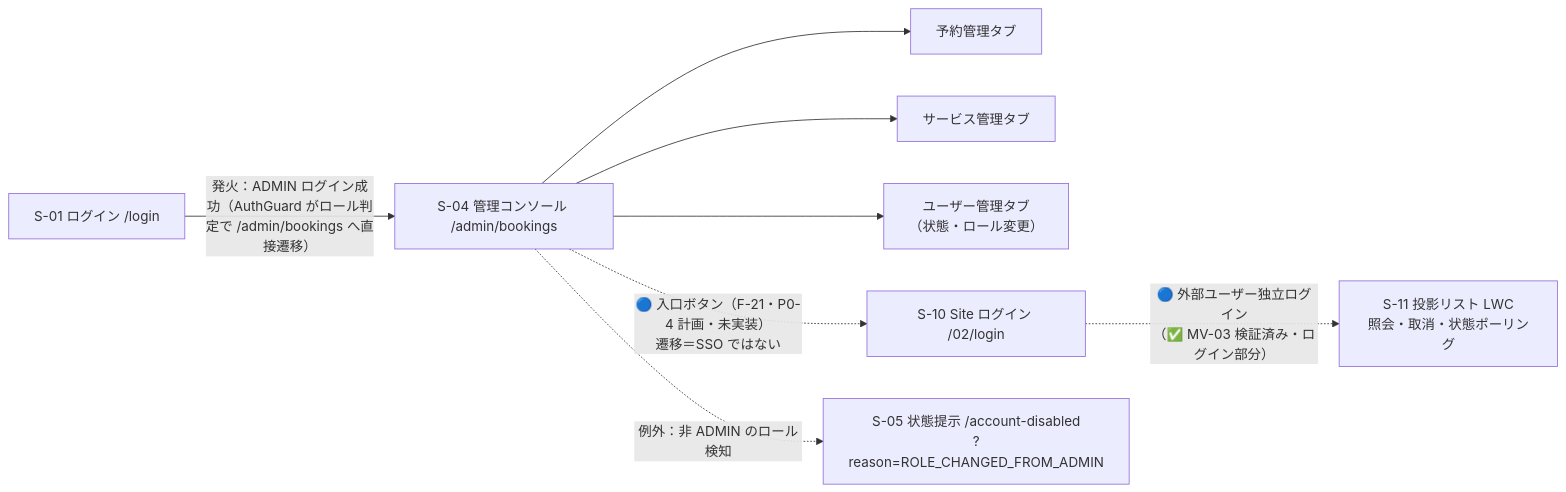
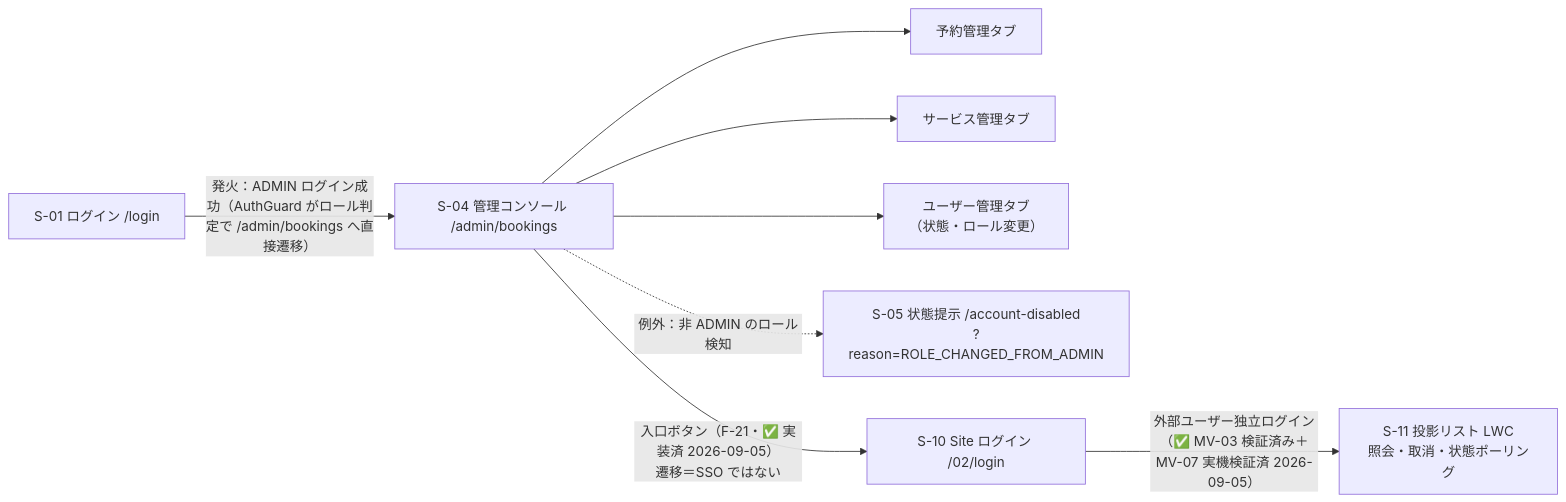
The second of 2 diagrams in docs/asset/basic-design/screens.md (Cho-Geer/chogeer), drawn with Mermaid before and after one commit. The commit also changed other lines of this file and 13 other files, not shown here.

````diff
--- a/docs/asset/basic-design/screens.md
+++ b/docs/asset/basic-design/screens.md
@@ -55,10 +55,10 @@
 ```mermaid
 flowchart LR
     S01["S-01 ログイン /login"] -->|"発火：ADMIN ログイン成功（AuthGuard がロール判定で /admin/bookings へ直接遷移）"| S04["S-04 管理コンソール /admin/bookings"]
     S04 --> TAB1["予約管理タブ"]
     S04 --> TAB2["サービス管理タブ"]
     S04 --> TAB3["ユーザー管理タブ<br/>（状態・ロール変更）"]
-    S04 -.->|"🔵 入口ボタン（F-21・P0-4 計画・未実装）<br/>遷移＝SSO ではない"| S10["S-10 Site ログイン /02/login"]
-    S10 -.->|"🔵 外部ユーザー独立ログイン<br/>（✅ MV-03 検証済み・ログイン部分）"| S11["S-11 投影リスト LWC<br/>照会・取消・状態ポーリング"]
     S04 -.->|"例外：非 ADMIN のロール検知"| S05["S-05 状態提示 /account-disabled<br/>?reason=ROLE_CHANGED_FROM_ADMIN"]
+    S04 -->|"入口ボタン（F-21・✅ 実装済 2026-09-05）<br/>遷移＝SSO ではない"| S10["S-10 Site ログイン /02/login"]
+    S10 -->|"外部ユーザー独立ログイン<br/>（✅ MV-03 検証済み＋MV-07 実機検証済 2026-09-05）"| S11["S-11 投影リスト LWC<br/>照会・取消・状態ポーリング"]
 ```
````
